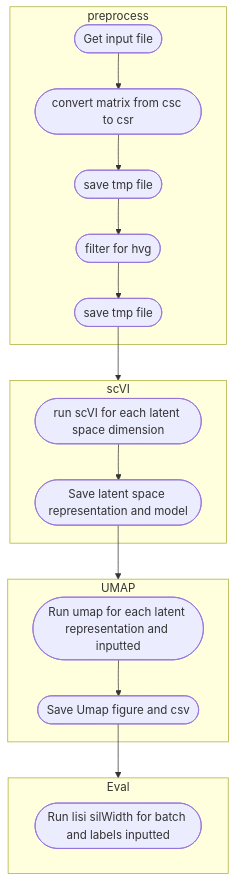
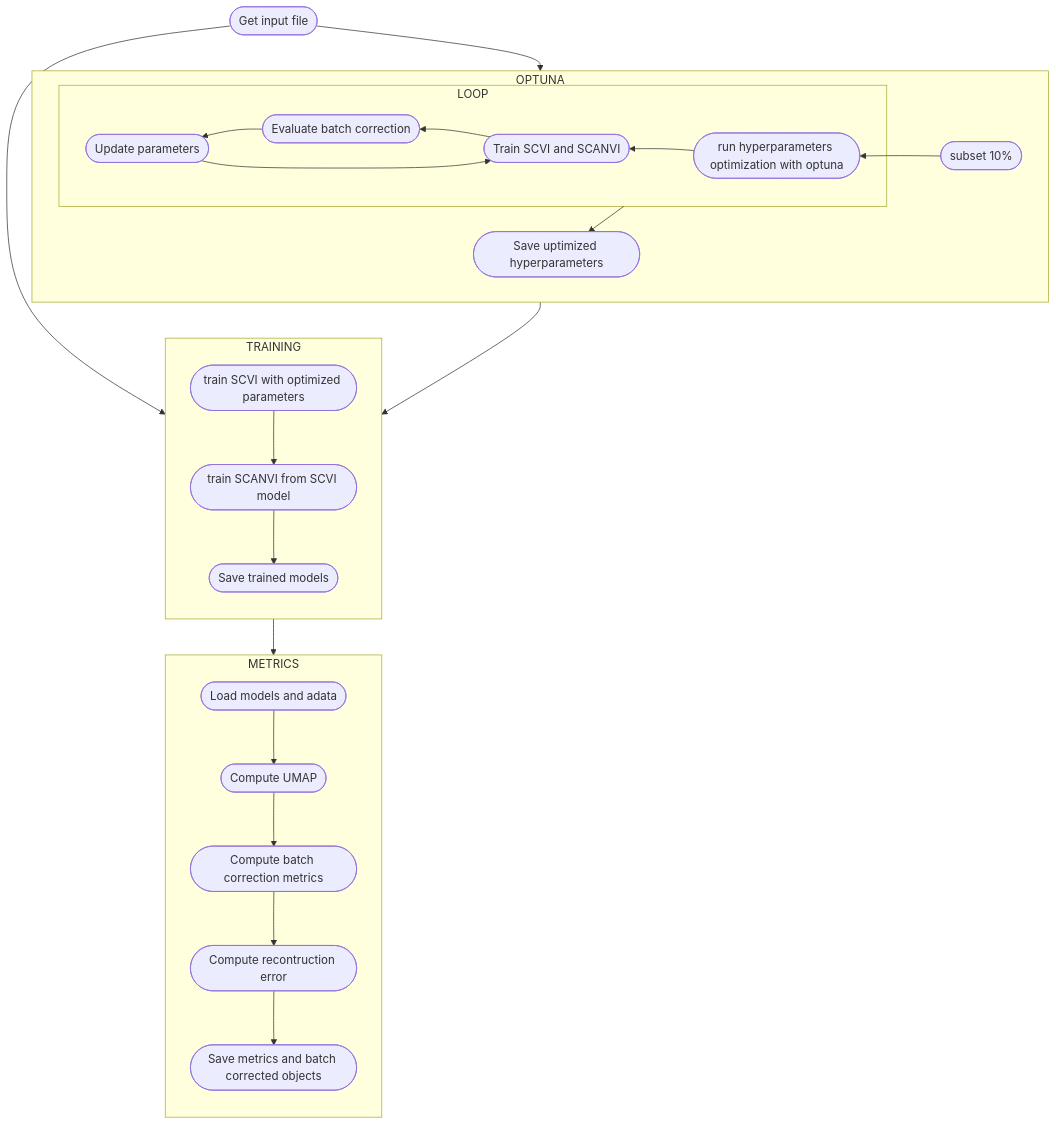
Before and after one commit to VergaJU/BoneMarrow_scRNA-Seq: the diagram in Batch-correct/README.md, drawn with Mermaid. The commit also changed other lines of this file and 5 other files, not shown here.

Commit message:
updated batch correction with hyperparameters optimization and contianer with GPU accelleration

````diff
--- a/Batch-correct/README.md
+++ b/Batch-correct/README.md
@@ -42,24 +123,37 @@
 ```mermaid
-    flowchart TD
-      subgraph preprocess
-      A([Get input file]) --> B([convert matrix from csc to csr])
-      B --> C([save tmp file])
-      C --> D([filter for hvg])
-      D --> E([save tmp file])
-      end
-      subgraph scVI
-      F([run scVI for each latent space dimension])
-      F --> G([Save latent space representation and model])
-      end
-      subgraph UMAP
-      H([Run umap for each latent representation and inputted])
-      H --> I([Save Umap figure and csv])
-      end
-      subgraph Eval
-      J([Run lisi silWidth for batch and labels inputted])
-      end
-      E --> scVI
-      G --> UMAP
-      I --> Eval
+
+flowchart TB
+A([Get input file])
+    subgraph OPTUNA
+    direction RL
+    B([subset 10%])
+    B --> C([run hyperparameters optimization with optuna])
+    subgraph LOOP
+    C --> D([Train SCVI and SCANVI])
+    D --> E([Evaluate batch correction])
+    E --> F([Update parameters])
+    F --> D
+    end
+    G([Save uptimized hyperparameters])
+    end
+    subgraph TRAINING
+    direction TB
+    I([train SCVI with optimized parameters])
+    I --> J([train SCANVI from SCVI model])
+    J --> K([Save trained models])
+    end
+    subgraph METRICS
+    direction TB
+     L([Load models and adata])
+    L --> M([Compute UMAP])
+    M --> N([Compute batch correction metrics])
+    N --> O([Compute recontruction error])
+    O --> P([Save metrics and batch corrected objects])
+    end
+    A --> B
+    A --> TRAINING
+    LOOP --> G
+    G --> TRAINING
+    K --> METRICS
 
 ```
````
